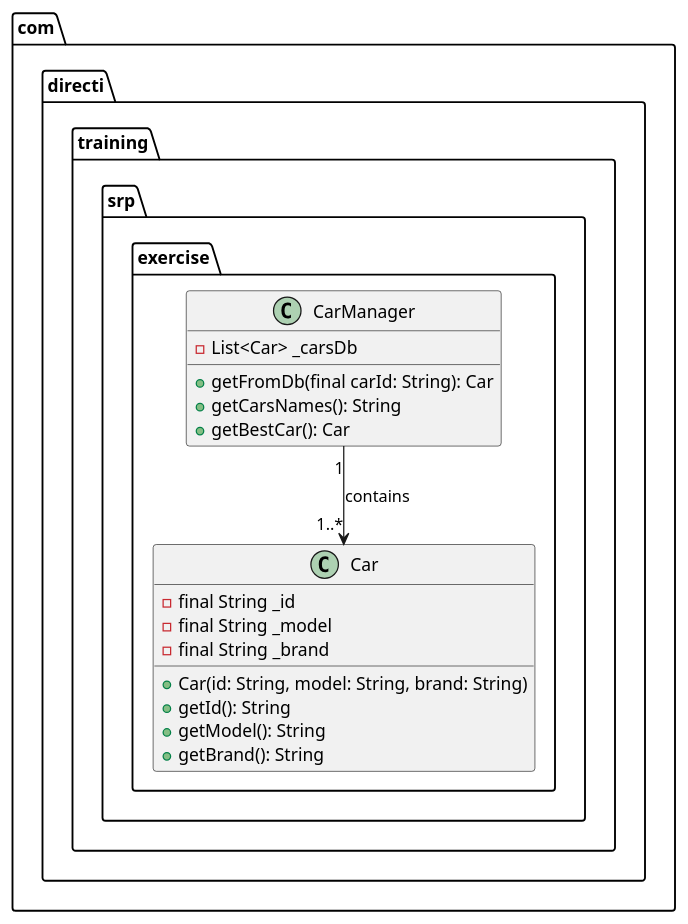
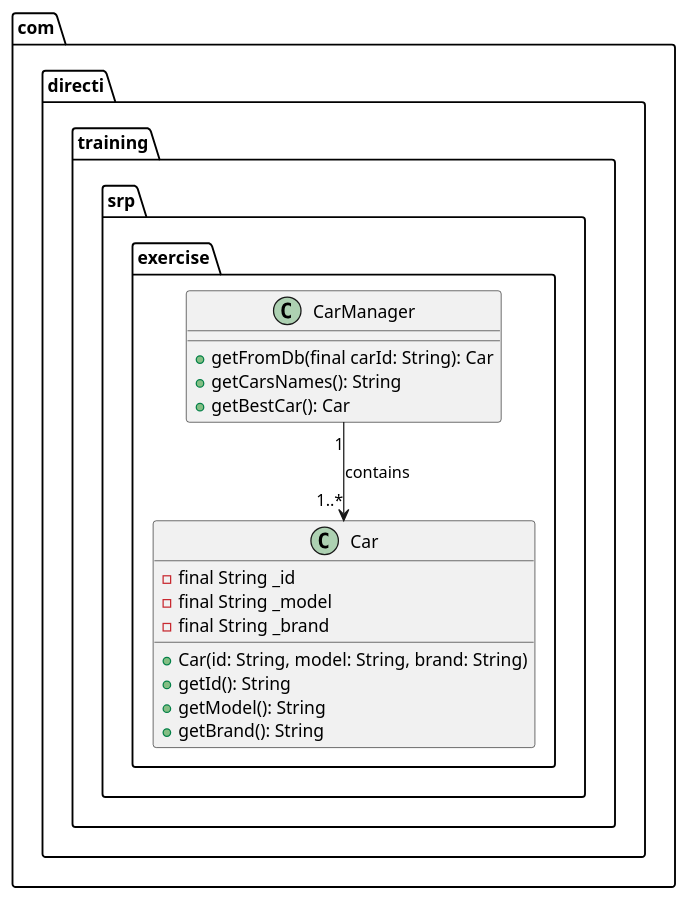
Before and after one commit to EyaRidene/TP_SOLID: the diagram in SRP/src/com/directi/training/srp/exercise/UML/srp.plantuml, drawn with PlantUML. The commit also changed 8 other files, not shown here.

```diff
--- a/SRP/src/com/directi/training/srp/exercise/UML/srp.plantuml
+++ b/SRP/src/com/directi/training/srp/exercise/UML/srp.plantuml
@@ -1,24 +1,23 @@
 @startuml
 
 package "com.directi.training.srp.exercise" {
     class Car {
         - final String _id
         - final String _model
         - final String _brand
         + Car(id: String, model: String, brand: String)
         + getId(): String
         + getModel(): String
         + getBrand(): String
     }
 
     class CarManager {
-        - List<Car> _carsDb
         + getFromDb(final carId: String): Car
         + getCarsNames(): String
         + getBestCar(): Car
     }
 }
 
 CarManager "1" --> "1..*" Car : contains
 
 @enduml
```
